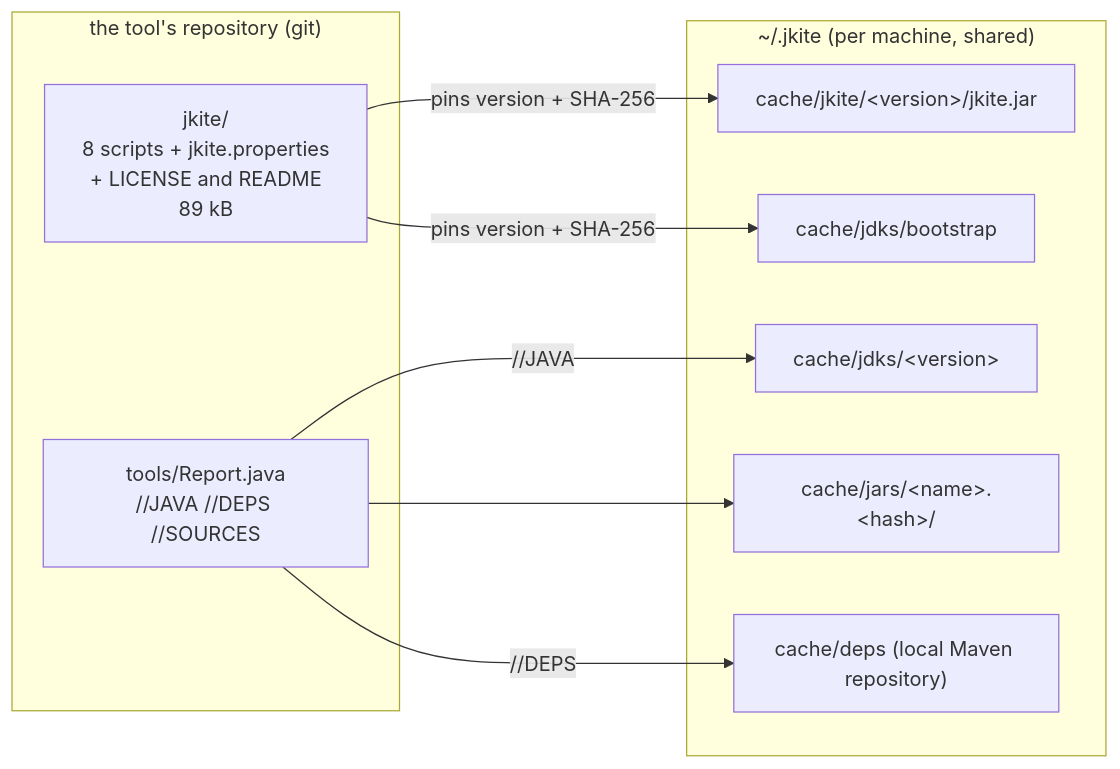
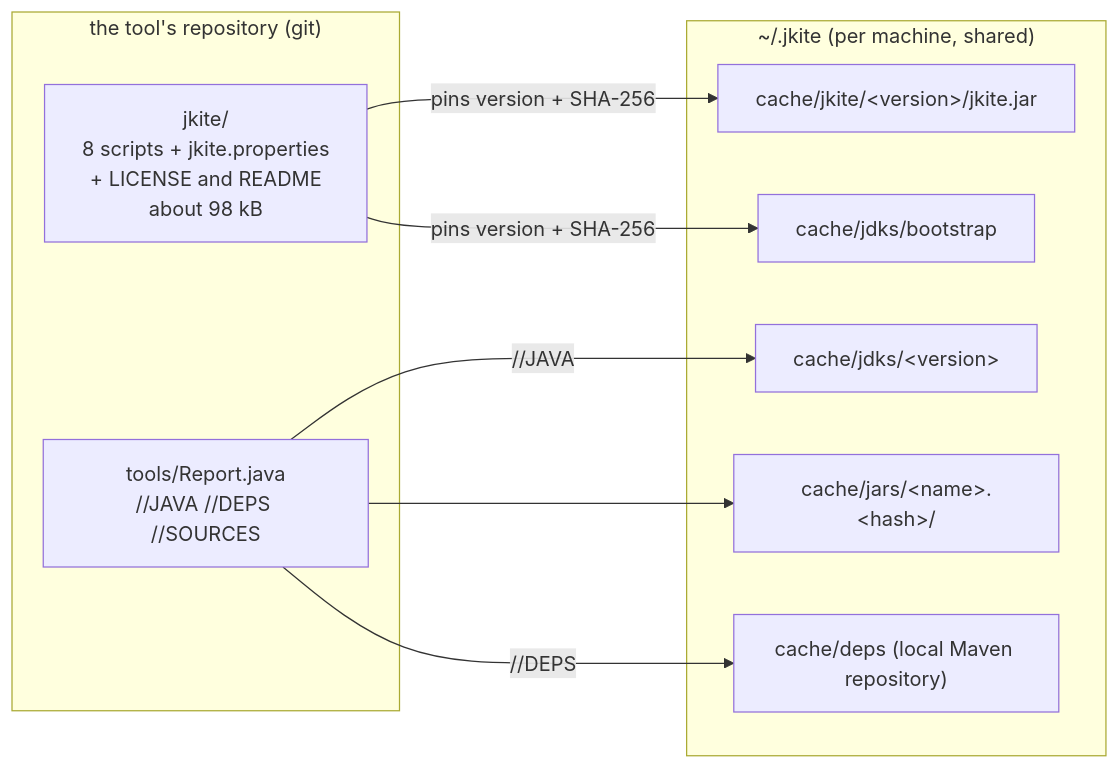
The first of 3 diagrams in docs/ARCHITECTURE.md (instreest/jbang), drawn with Mermaid before and after one commit. The commit also changed other lines of this file and 18 other files, not shown here.

````diff
--- a/docs/ARCHITECTURE.md
+++ b/docs/ARCHITECTURE.md
@@ -12,19 +12,19 @@
 ```mermaid
 flowchart LR
   subgraph repo["the tool's repository (git)"]
-    L["jkite/<br/>8 scripts + jkite.properties<br/>+ LICENSE and README<br/>89 kB"]
+    L["jkite/<br/>8 scripts + jkite.properties<br/>+ LICENSE and README<br/>about 98 kB"]
     T["tools/Report.java<br/>//JAVA //DEPS //SOURCES"]
   end
   subgraph machine["~/.jkite (per machine, shared)"]
     J["cache/jkite/&lt;version&gt;/jkite.jar"]
     B["cache/jdks/bootstrap"]
     S["cache/jdks/&lt;version&gt;"]
     A["cache/jars/&lt;name&gt;.&lt;hash&gt;/"]
     M["cache/deps (local Maven repository)"]
   end
   L -- "pins version + SHA-256" --> J
   L -- "pins version + SHA-256" --> B
   T --> A
   T -- "//DEPS" --> M
   T -- "//JAVA" --> S
 ```
````
